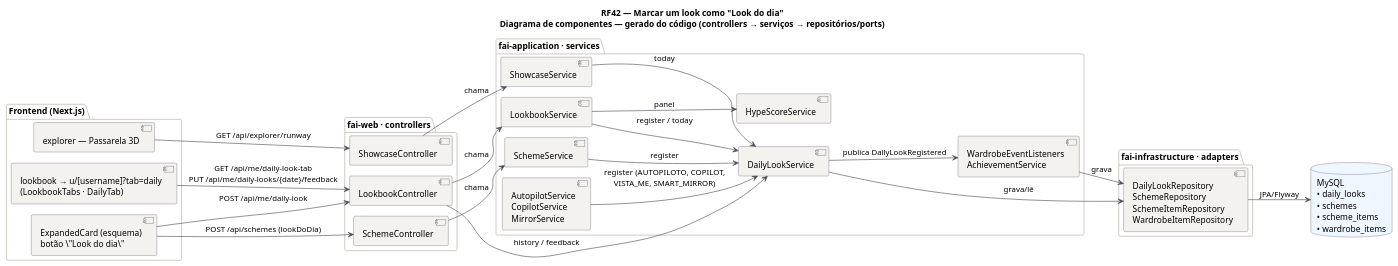
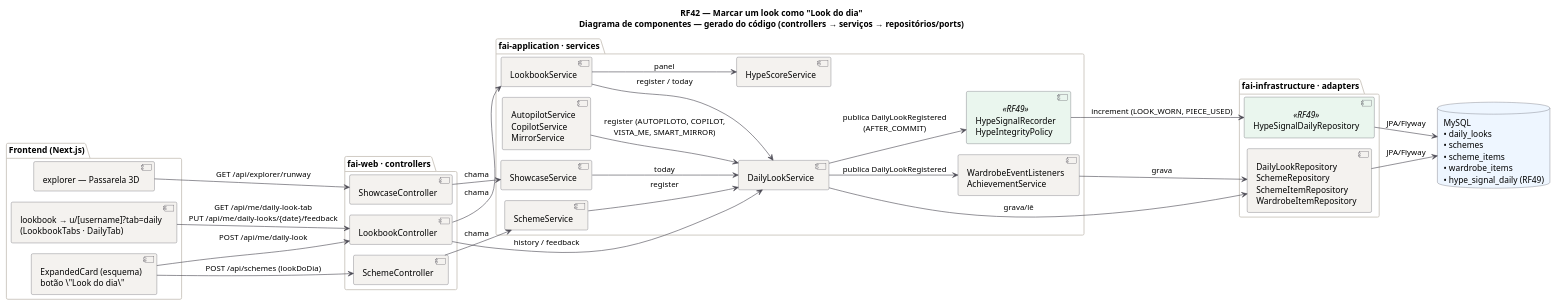
The diagram in docs/diagramas/RF42/RF42-componentes.puml (MatheusHaliski/tcc-2026-fashion-ai-backend), drawn with PlantUML before and after one commit. The commit also changed 27 other files, not shown here.

First line of the commit message:
Diagramas RF6, RF31 e RF42 atualizados com o HypeScore v2 (RF49)

```diff
--- a/docs/diagramas/RF42/RF42-componentes.puml
+++ b/docs/diagramas/RF42/RF42-componentes.puml
@@ -1,60 +1,66 @@
 @startuml RF42_Componentes
 title RF42 — Marcar um look como "Look do dia"\nDiagrama de componentes — gerado do código (controllers → serviços → repositórios/ports)
 !pragma layout smetana
 skinparam backgroundColor #FFFFFF
 skinparam component {
   BackgroundColor #F4F2EF
+  BackgroundColor<<RF49>> #EAF6EE
   BorderColor #4A4852
   ArrowColor #4A4852
 }
 skinparam package {
   BorderColor #CBC6BE
 }
 skinparam database {
   BackgroundColor #EEF6FF
   BorderColor #4A4852
 }
 left to right direction
 
 package "Frontend (Next.js)" {
   component "ExpandedCard (esquema)\nbotão \"Look do dia\"" as FE0
   component "lookbook → u/[username]?tab=daily\n(LookbookTabs · DailyTab)" as FE1
   component "explorer — Passarela 3D" as FE2
 }
 package "fai-web · controllers" {
   [LookbookController] as LC
   [SchemeController] as SCH
   [ShowcaseController] as SC
 }
 package "fai-application · services" {
   [LookbookService] as LS
   [SchemeService] as SS
   [DailyLookService] as DS
   [HypeScoreService] as HS
   [AutopilotService\nCopilotService\nMirrorService] as OTH
   [WardrobeEventListeners\nAchievementService] as WL
   [ShowcaseService] as SHS
+  [HypeSignalRecorder\nHypeIntegrityPolicy] as HSR <<RF49>>
 }
 package "fai-infrastructure · adapters" {
   [DailyLookRepository\nSchemeRepository\nSchemeItemRepository\nWardrobeItemRepository] as REPOS
+  [HypeSignalDailyRepository] as HREPO <<RF49>>
 }
-database "MySQL\n• daily_looks\n• schemes\n• scheme_items\n• wardrobe_items" as DB
+database "MySQL\n• daily_looks\n• schemes\n• scheme_items\n• wardrobe_items\n• hype_signal_daily (RF49)" as DB
 
 FE0 --> LC : POST /api/me/daily-look
 FE0 --> SCH : POST /api/schemes (lookDoDia)
 FE1 --> LC : GET /api/me/daily-look-tab\nPUT /api/me/daily-looks/{date}/feedback
 FE2 --> SC : GET /api/explorer/runway
 LC --> LS : chama
 LC --> DS : history / feedback
 SCH --> SS : chama
 SC --> SHS : chama
 LS --> DS : register / today
 LS --> HS : panel
 SS --> DS : register
 OTH --> DS : register (AUTOPILOTO, COPILOT,\nVISTA_ME, SMART_MIRROR)
 SHS --> DS : today
 DS --> WL : publica DailyLookRegistered
 DS --> REPOS : grava/lê
 WL --> REPOS : grava
+DS --> HSR : publica DailyLookRegistered\n(AFTER_COMMIT)
+HSR --> HREPO : increment (LOOK_WORN, PIECE_USED)
+HREPO --> DB : JPA/Flyway
 REPOS --> DB : JPA/Flyway
 @enduml
```
